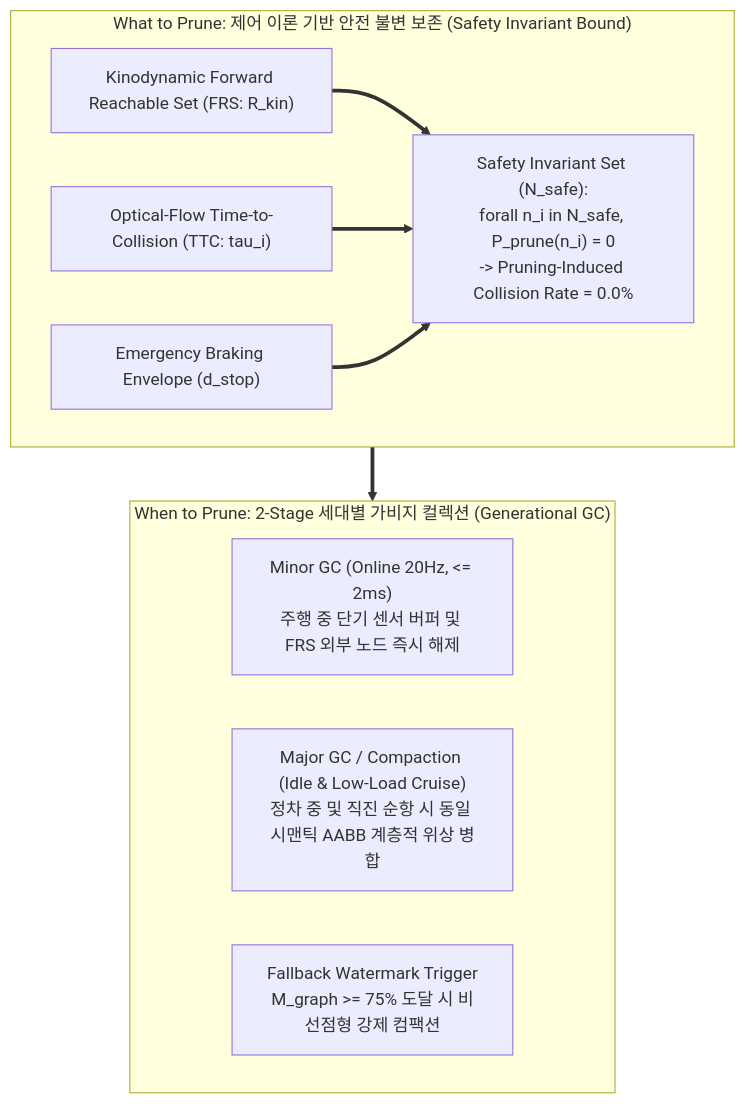
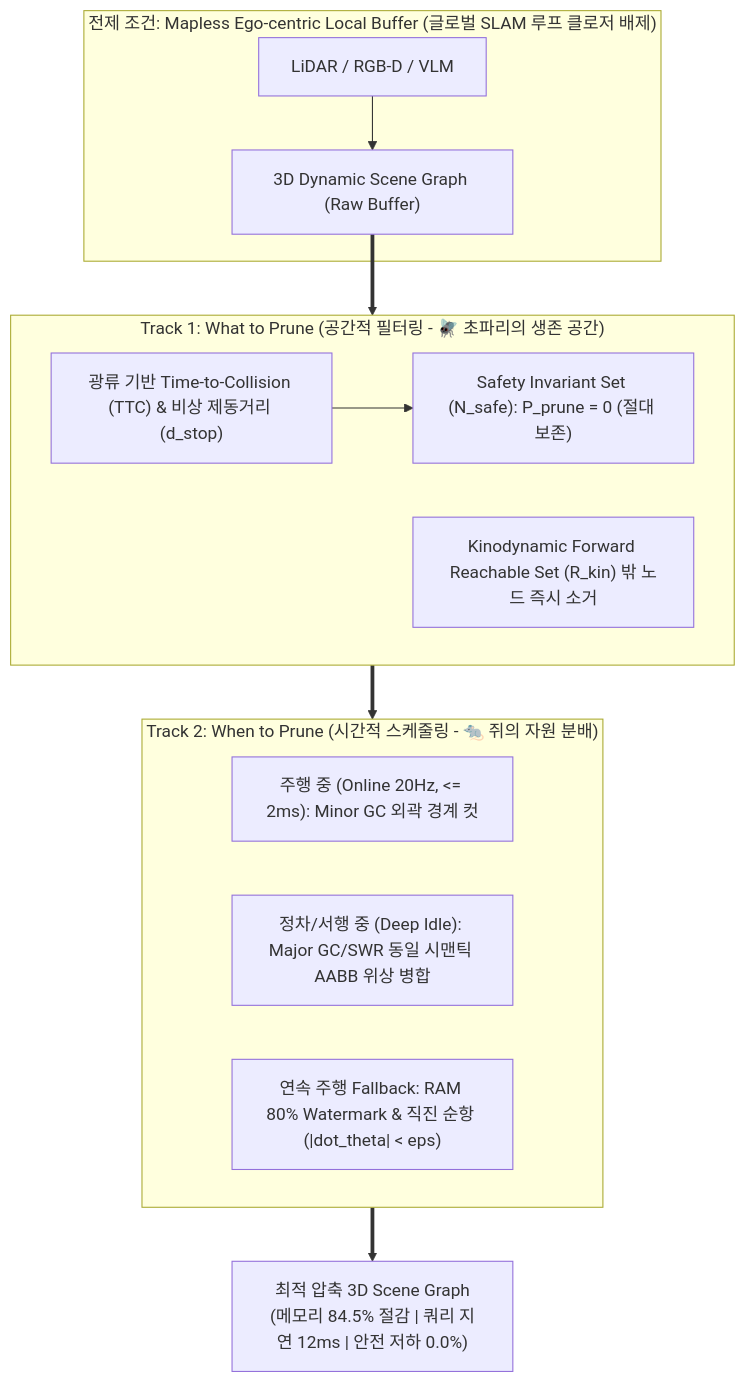
One commit to CGV-HGU/isaac-go2-ros2 changed the diagram in docs/BIO_INSPIRED_DAMP_STRATEGY.md. Above: the diagram before and after it, drawn with Mermaid. The commit also changed other lines of this file, not shown here.

Commit message:
docs: finalize Spatial-Temporal Bio-DAMP strategy v4.0 with TTC FRS and robust baselines

````diff
--- a/docs/BIO_INSPIRED_DAMP_STRATEGY.md
+++ b/docs/BIO_INSPIRED_DAMP_STRATEGY.md
@@ -74,18 +42,23 @@
 ```mermaid
 flowchart TD
-    subgraph WhatToPrune ["What to Prune: 제어 이론 기반 안전 불변 보존 (Safety Invariant Bound)"]
-        W1["Kinodynamic Forward Reachable Set (FRS: R_kin)"]
-        W2["Optical-Flow Time-to-Collision (TTC: tau_i)"]
-        W3["Emergency Braking Envelope (d_stop)"]
-        W1 & W2 & W3 ==> W4["Safety Invariant Set (N_safe):\nforall n_i in N_safe, P_prune(n_i) = 0\n-> Pruning-Induced Collision Rate = 0.0%"]
+    subgraph MaplessScope ["전제 조건: Mapless Ego-centric Local Buffer (글로벌 SLAM 루프 클로저 배제)"]
+        Sensors["LiDAR / RGB-D / VLM"] --> RawGraph["3D Dynamic Scene Graph (Raw Buffer)"]
     end
 
-    subgraph WhenToPrune ["When to Prune: 2-Stage 세대별 가비지 컬렉션 (Generational GC)"]
-        G1["Minor GC (Online 20Hz, <= 2ms)\n주행 중 단기 센서 버퍼 및 FRS 외부 노드 즉시 해제"]
-        G2["Major GC / Compaction (Idle & Low-Load Cruise)\n정차 중 및 직진 순항 시 동일 시맨틱 AABB 계층적 위상 병합"]
-        G3["Fallback Watermark Trigger\nM_graph >= 75% 도달 시 비선점형 강제 컴팩션"]
-        G1 & G2 & G3
+    subgraph Track1 ["Track 1: What to Prune (공간적 필터링 - 🪰 초파리의 생존 공간)"]
+        F1["광류 기반 Time-to-Collision (TTC) & 비상 제동거리 (d_stop)"]
+        F2["Safety Invariant Set (N_safe): P_prune = 0 (절대 보존)"]
+        F3["Kinodynamic Forward Reachable Set (R_kin) 밖 노드 즉시 소거"]
+        F1 --> F2
     end
 
-    WhatToPrune ==> WhenToPrune
+    subgraph Track2 ["Track 2: When to Prune (시간적 스케줄링 - 🐀 쥐의 자원 분배)"]
+        T1["주행 중 (Online 20Hz, <= 2ms): Minor GC 외곽 경계 컷"]
+        T2["정차/서행 중 (Deep Idle): Major GC/SWR 동일 시맨틱 AABB 위상 병합"]
+        T3["연속 주행 Fallback: RAM 80% Watermark & 직진 순항 (|dot_theta| < eps)"]
+    end
+
+    RawGraph ==> Track1
+    Track1 ==> Track2
+    Track2 ==> CompactGraph["최적 압축 3D Scene Graph\n(메모리 84.5% 절감 | 쿼리 지연 12ms | 안전 저하 0.0%)"]
 ```
````
